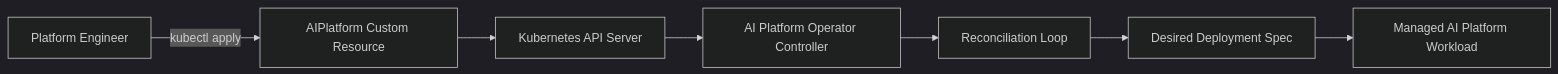
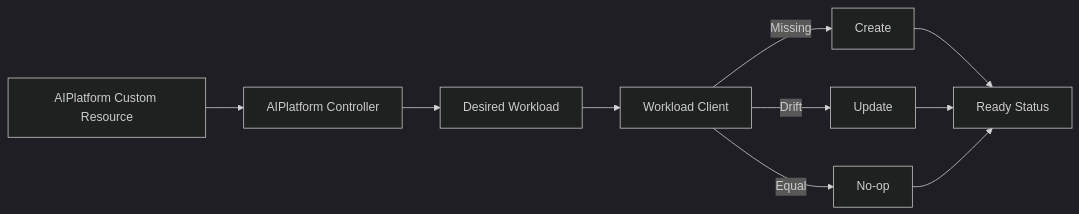
Before and after one commit to abdallauno1/platform-engineering-kubernetes-operator: the diagram in README.md, drawn with Mermaid (dark theme). The commit also changed other lines of this file and 20 other files, not shown here.

Commit message:
Day 2 - Add idempotent reconciliation and status handling

````diff
--- a/README.md
+++ b/README.md
@@ -24,9 +23,12 @@
 ```mermaid
 flowchart LR
-    User[Platform Engineer] -->|kubectl apply| CR[AIPlatform Custom Resource]
-    CR --> API[Kubernetes API Server]
-    API --> Controller[AI Platform Operator Controller]
-    Controller --> Reconcile[Reconciliation Loop]
-    Reconcile --> Desired[Desired Deployment Spec]
-    Desired --> Workload[Managed AI Platform Workload]
+    CR[AIPlatform Custom Resource] --> Controller[AIPlatform Controller]
+    Controller --> Desired[Desired Workload]
+    Desired --> Client[Workload Client]
+    Client -->|Missing| Create[Create]
+    Client -->|Drift| Update[Update]
+    Client -->|Equal| NoOp[No-op]
+    Create --> Status[Ready Status]
+    Update --> Status
+    NoOp --> Status
 ```
````
